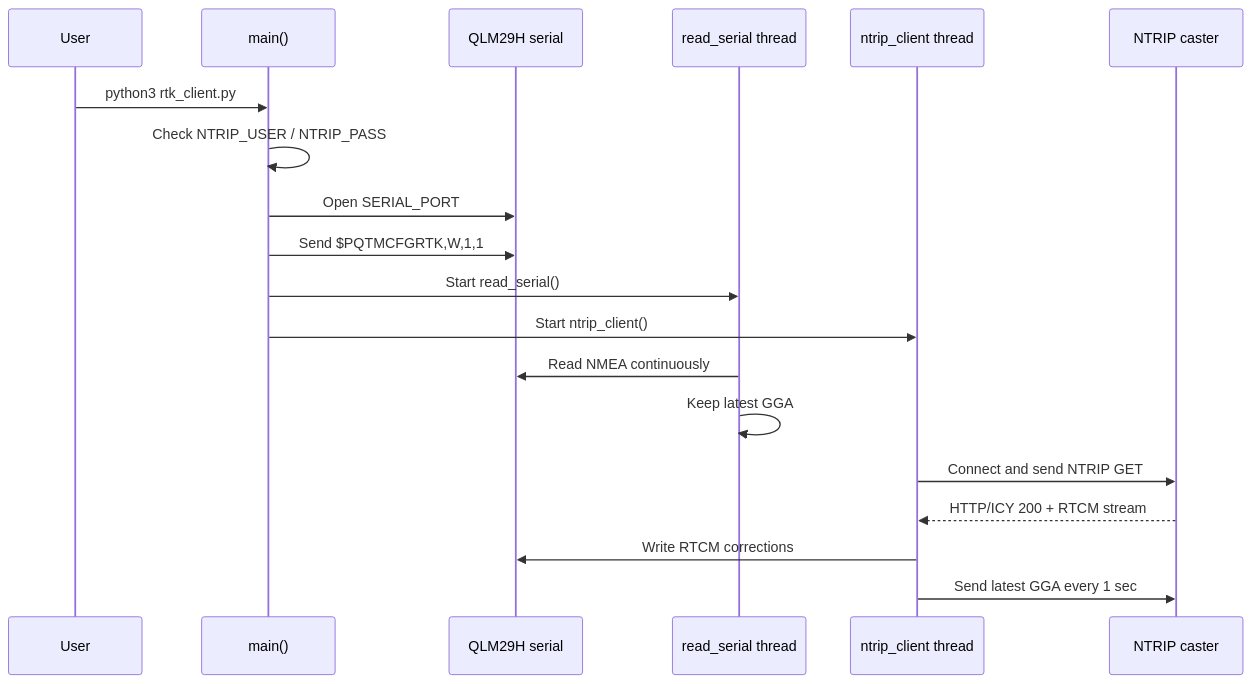
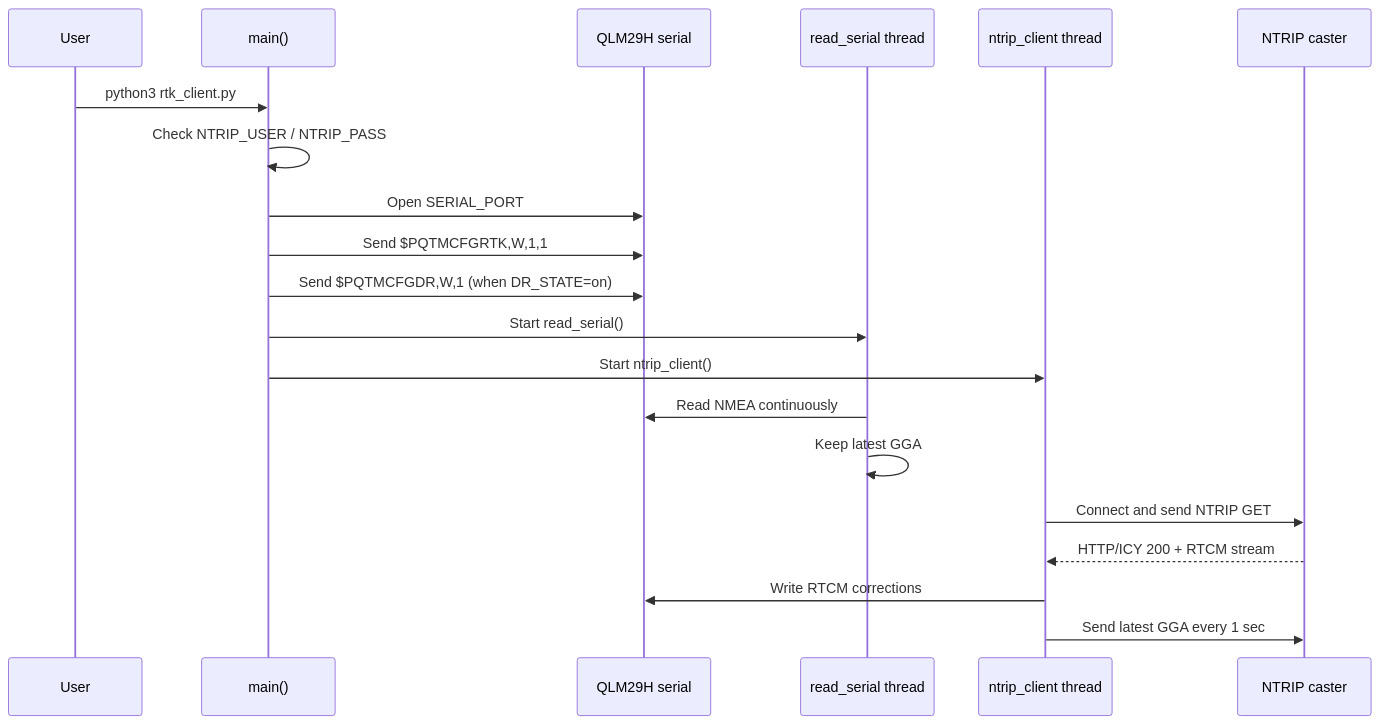
Before and after one commit to takao2704/qlm29h-samples: the first of 3 diagrams in docs/sequence.md, drawn with Mermaid. The commit also changed other lines of this file and 5 other files, not shown here.

````diff
--- a/docs/sequence.md
+++ b/docs/sequence.md
@@ -12,22 +12,23 @@
 ```mermaid
 sequenceDiagram
     participant User as User
     participant Main as main()
     participant Serial as QLM29H serial
     participant Reader as read_serial thread
     participant Ntrip as ntrip_client thread
     participant Caster as NTRIP caster
 
     User->>Main: python3 rtk_client.py
     Main->>Main: Check NTRIP_USER / NTRIP_PASS
     Main->>Serial: Open SERIAL_PORT
     Main->>Serial: Send $PQTMCFGRTK,W,1,1
+    Main->>Serial: Send $PQTMCFGDR,W,1 (when DR_STATE=on)
     Main->>Reader: Start read_serial()
     Main->>Ntrip: Start ntrip_client()
     Reader->>Serial: Read NMEA continuously
     Reader->>Reader: Keep latest GGA
     Ntrip->>Caster: Connect and send NTRIP GET
     Caster-->>Ntrip: HTTP/ICY 200 + RTCM stream
     Ntrip->>Serial: Write RTCM corrections
     Ntrip->>Caster: Send latest GGA every 1 sec
 ```
````
